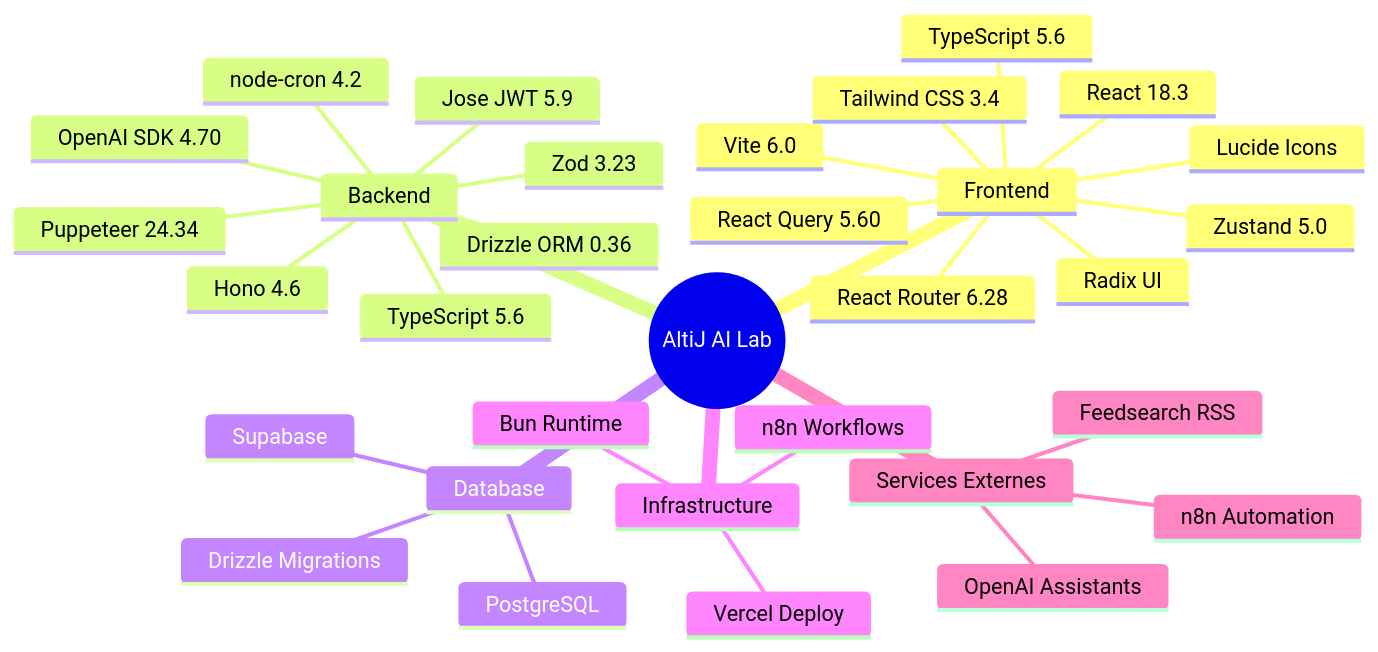
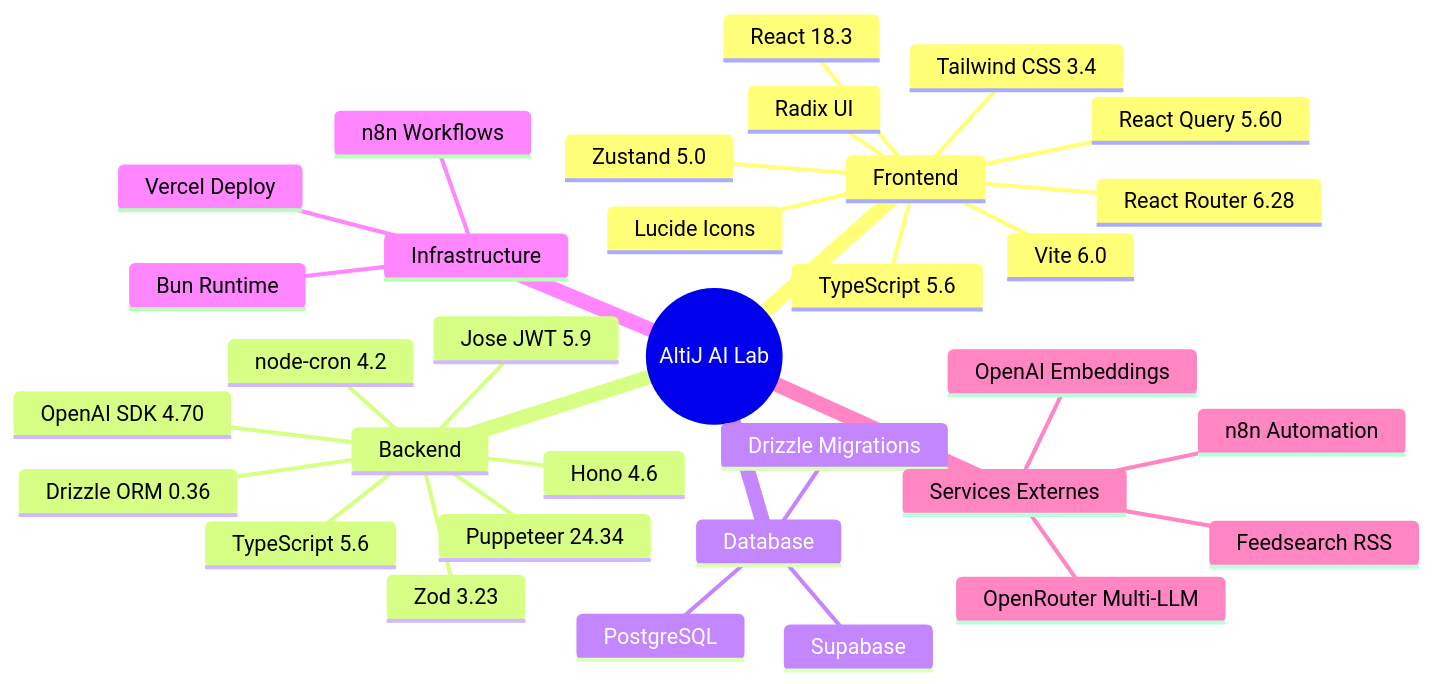
One commit to D4kooo/Altij-Ai-Lab changed the tenth of 10 diagrams in docs/architecture-diagram.md. Above: the diagram before and after it, drawn with Mermaid. The commit also changed other lines of this file and 7 other files, not shown here.

````diff
--- a/docs/architecture-diagram.md
+++ b/docs/architecture-diagram.md
@@ -480,35 +522,36 @@
 ```mermaid
 mindmap
     root((AltiJ AI Lab))
         Frontend
             React 18.3
             Vite 6.0
             TypeScript 5.6
             Tailwind CSS 3.4
             Zustand 5.0
             React Query 5.60
             React Router 6.28
             Radix UI
             Lucide Icons
         Backend
             Hono 4.6
             TypeScript 5.6
             Drizzle ORM 0.36
             Jose JWT 5.9
             Zod 3.23
             node-cron 4.2
             OpenAI SDK 4.70
             Puppeteer 24.34
         Database
             PostgreSQL
             Supabase
             Drizzle Migrations
         Infrastructure
             Bun Runtime
             Vercel Deploy
             n8n Workflows
         Services Externes
-            OpenAI Assistants
+            OpenRouter Multi-LLM
+            OpenAI Embeddings
             Feedsearch RSS
             n8n Automation
 ```
````
